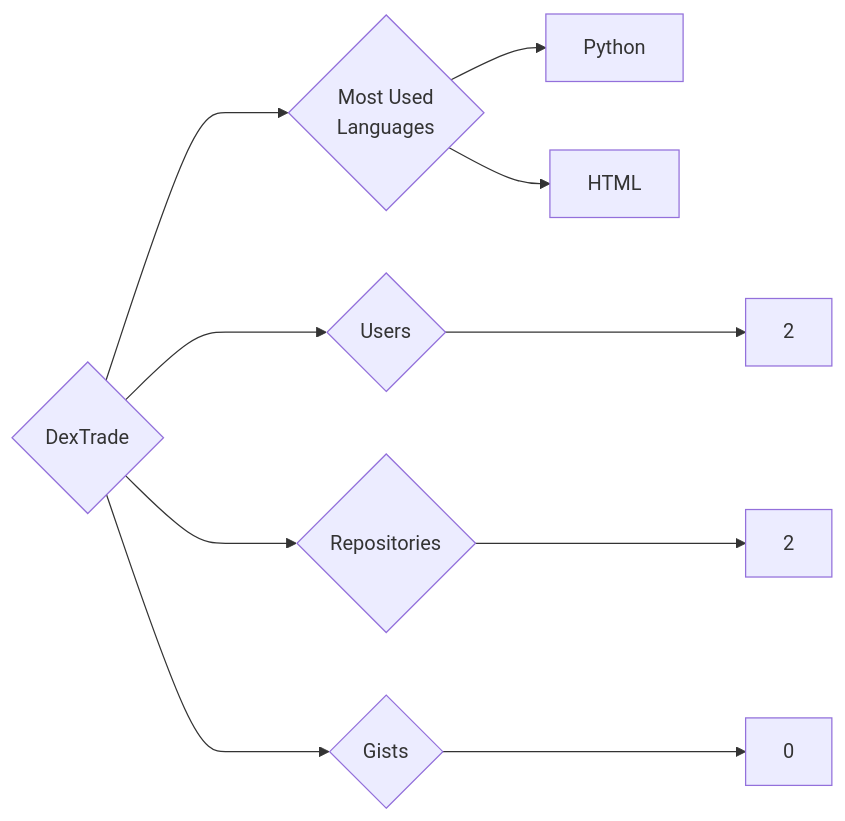
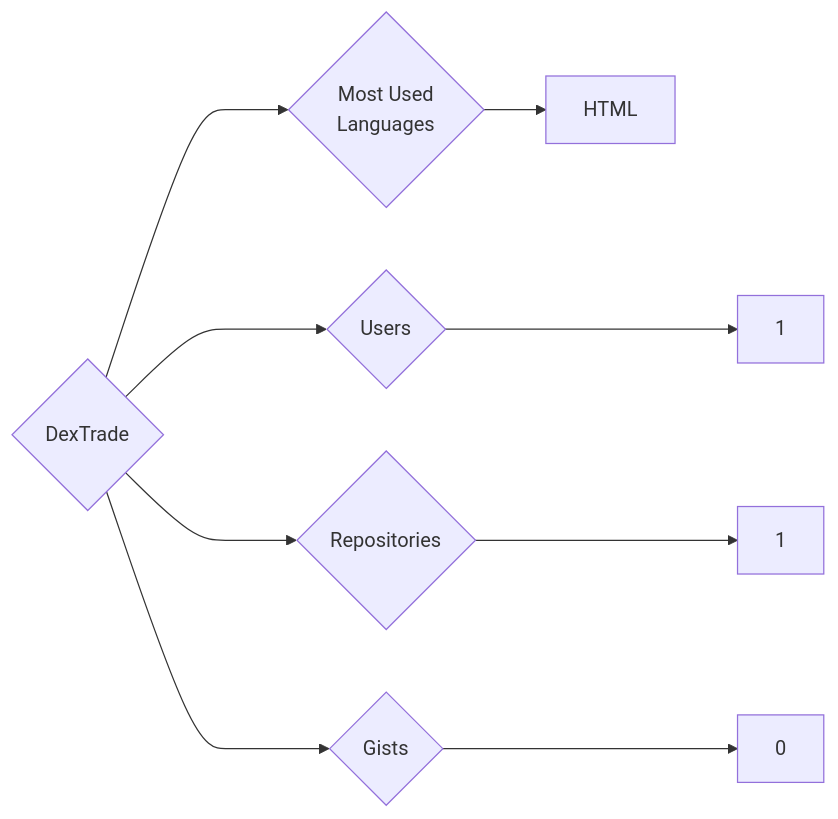
Before and after one commit to trickest/insiders: the diagram in targets/DexTrade/README.md, drawn with Mermaid. The commit also changed 1175 other files, not shown here.

````diff
--- a/targets/DexTrade/README.md
+++ b/targets/DexTrade/README.md
@@ -3,10 +3,9 @@
 ```mermaid
 graph LR
 COMPANY_NAME{DexTrade}
-COMPANY_NAME ---> U{Users} ---> UN[2]
-COMPANY_NAME ---> R{Repositories} ---> RN[2]
+COMPANY_NAME ---> U{Users} ---> UN[1]
+COMPANY_NAME ---> R{Repositories} ---> RN[1]
 COMPANY_NAME ---> G{Gists} ---> GN[0]
 COMPANY_NAME ---> ML{Most Used<br>Languages}
-ML --> Python[Python]
 ML --> HTML[HTML]
 ```
````
